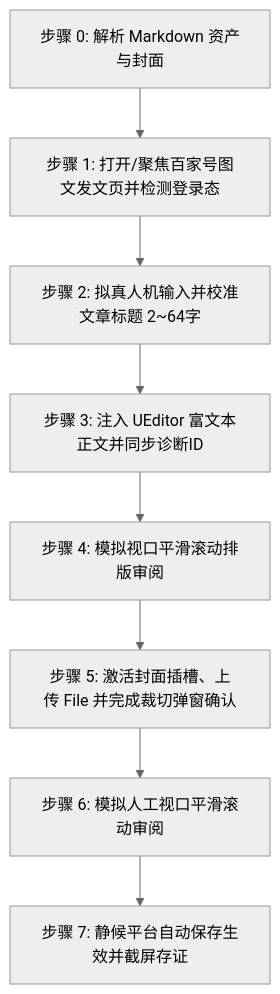
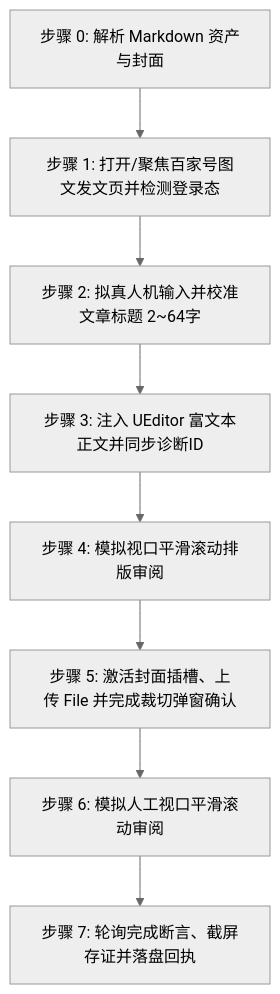
The diagram in skills/doudou-baijia/SKILL.md (undsky/doudou-publish-skills), drawn with Mermaid (neutral theme) before and after one commit. The commit also changed other lines of this file and 68 other files, not shown here.

````diff
--- a/skills/doudou-baijia/SKILL.md
+++ b/skills/doudou-baijia/SKILL.md
@@ -45,10 +124,10 @@
 ```mermaid
 flowchart TD
     S0[步骤 0: 解析 Markdown 资产与封面] --> S1[步骤 1: 打开/聚焦百家号图文发文页并检测登录态]
     S1 --> S2[步骤 2: 拟真人机输入并校准文章标题 2~64字]
     S2 --> S3[步骤 3: 注入 UEditor 富文本正文并同步诊断ID]
     S3 --> S4[步骤 4: 模拟视口平滑滚动排版审阅]
     S4 --> S5[步骤 5: 激活封面插槽、上传 File 并完成裁切弹窗确认]
     S5 --> S6[步骤 6: 模拟人工视口平滑滚动审阅]
-    S6 --> S7[步骤 7: 静候平台自动保存生效并截屏存证]
+    S6 --> S7[步骤 7: 轮询完成断言、截屏存证并落盘回执]
 ```
````
